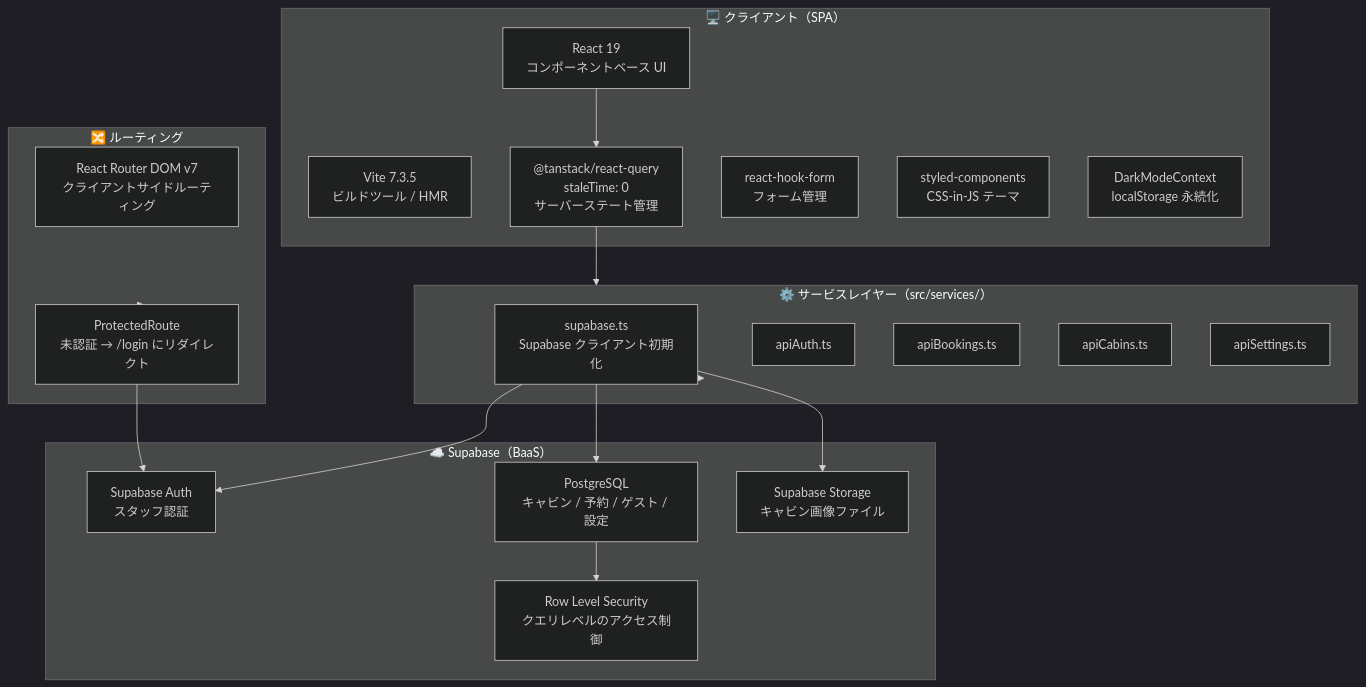
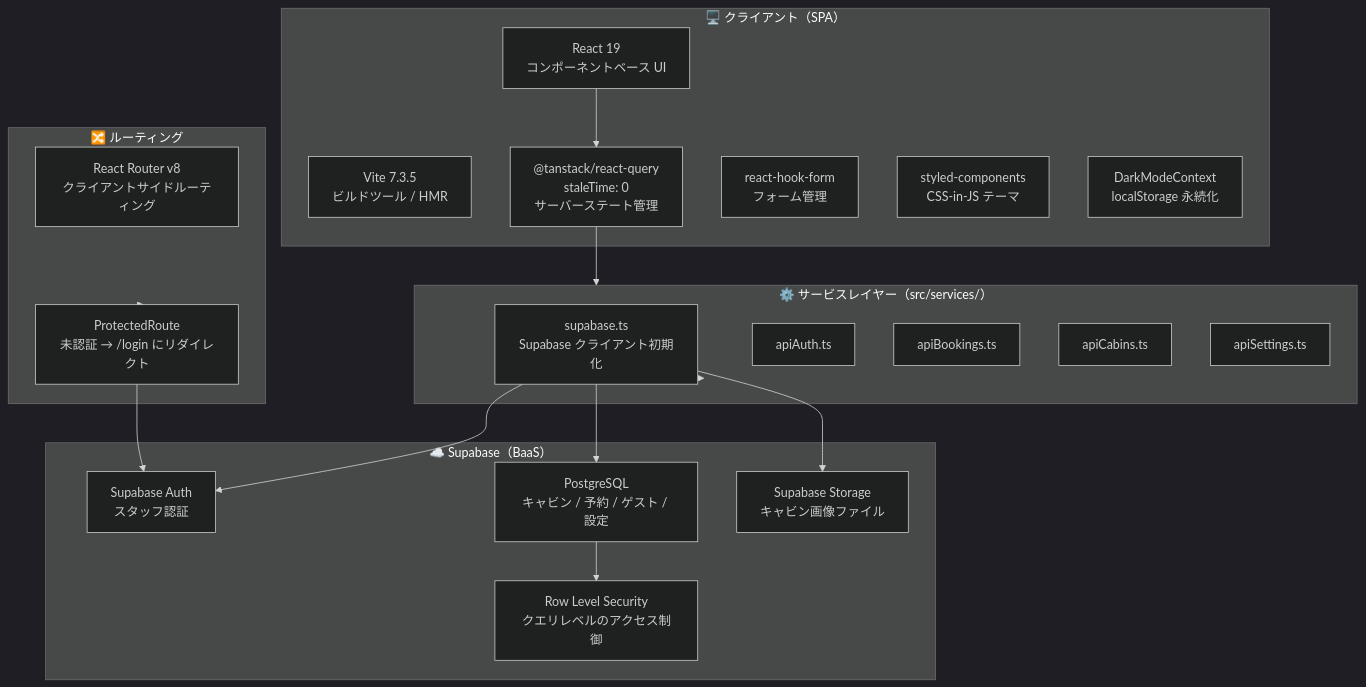
The first of 7 diagrams in README.md (myoshi2891/The-Wild-Oasis-For-Admin), drawn with Mermaid (dark theme) before and after one commit. The commit also changed other lines of this file and 3 other files, not shown here.

Commit message:
docs(deps): document React Router 8 requirements

````diff
--- a/README.md
+++ b/README.md
@@ -22,41 +22,41 @@
 ```mermaid
 graph TD
     subgraph CLIENT["🖥️ クライアント（SPA）"]
         REACT["React 19\nコンポーネントベース UI"]
         VITE["Vite 7.3.5\nビルドツール / HMR"]
         RQ["@tanstack/react-query\nstaleTime: 0\nサーバーステート管理"]
         RHF["react-hook-form\nフォーム管理"]
         SC["styled-components\nCSS-in-JS テーマ"]
         CONTEXT["DarkModeContext\nlocalStorage 永続化"]
     end
 
     subgraph ROUTING["🔀 ルーティング"]
-        RRD["React Router DOM v7\nクライアントサイドルーティング"]
+        RRD["React Router v8\nクライアントサイドルーティング"]
         PR["ProtectedRoute\n未認証 → /login にリダイレクト"]
     end
 
     subgraph BACKEND["☁️ Supabase（BaaS）"]
         AUTH["Supabase Auth\nスタッフ認証"]
         DB["PostgreSQL\nキャビン / 予約 / ゲスト / 設定"]
         STORAGE["Supabase Storage\nキャビン画像ファイル"]
         RLS["Row Level Security\nクエリレベルのアクセス制御"]
     end
 
     subgraph SERVICES["⚙️ サービスレイヤー（src/services/）"]
         SB_CLIENT["supabase.ts\nSupabase クライアント初期化"]
         API_AUTH["apiAuth.ts"]
         API_BOOK["apiBookings.ts"]
         API_CABIN["apiCabins.ts"]
         API_SET["apiSettings.ts"]
     end
 
     REACT --> RQ
     RQ --> SERVICES
     SERVICES --> SB_CLIENT
     SB_CLIENT --> AUTH
     SB_CLIENT --> DB
     SB_CLIENT --> STORAGE
     DB --> RLS
     ROUTING --> PR
     PR --> AUTH
 ```
````
